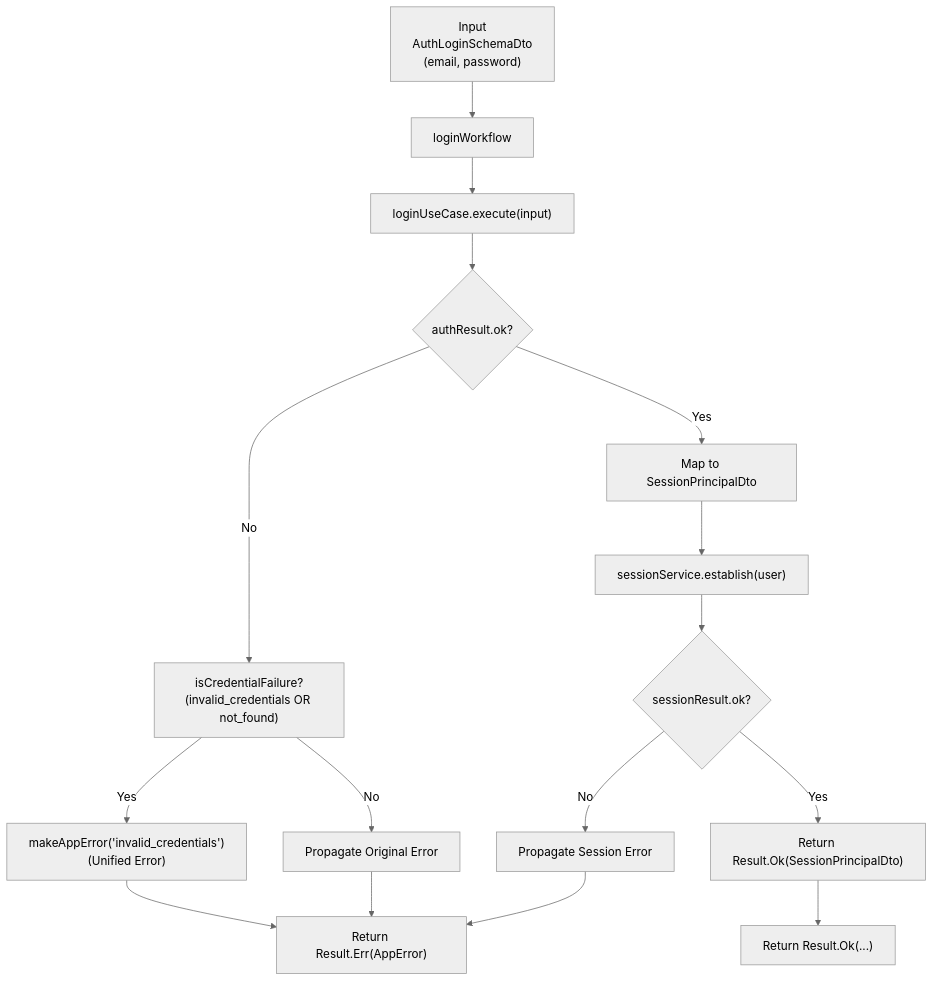
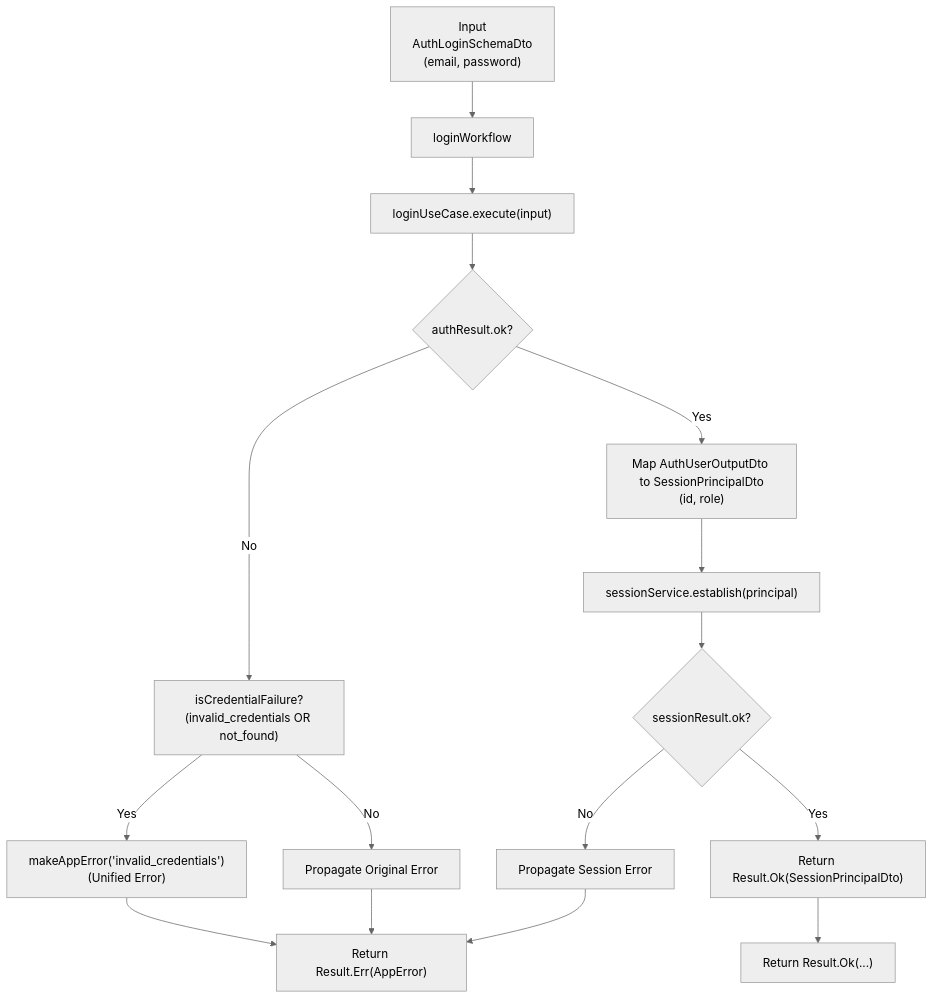
The seventh of 12 diagrams in src/modules/auth/server/infrastructure/db/dal/README.md (andrewpetersondev/nextjs-dashboard), drawn with Mermaid (neutral theme) before and after one commit. The commit also changed other lines of this file, not shown here.

Commit message:
docs: update flowcharts and sequence diagrams for DAL and LoginUseCase

````diff
--- a/src/modules/auth/server/infrastructure/db/dal/README.md
+++ b/src/modules/auth/server/infrastructure/db/dal/README.md
@@ -288,34 +287,34 @@
 ```mermaid
 flowchart TD
 %% Inputs
   A["Input<br/>AuthLoginSchemaDto<br/>(email, password)"] --> B[loginWorkflow]
 
 %% Use Case Call
   B --> C["loginUseCase.execute(input)"]
 
 %% Auth Result Decision
   C --> D{authResult.ok?}
 
 %% Error Handling Branch
   D -->|No| E["isCredentialFailure?<br/>(invalid_credentials OR not_found)"]
 
 %% Anti-Enumeration mapping
 E -->|Yes| F["makeAppError('invalid_credentials')<br/>(Unified Error)"]
 E -->|No| G["Propagate Original Error"]
 
 F --> Z["Return Result.Err(AppError)"]
 G --> Z
 
 %% Success Branch
-D -->|Yes| H["Map to SessionPrincipalDto"]
-H --> I["sessionService.establish(user)"]
+D -->|Yes| H["Map AuthUserOutputDto to SessionPrincipalDto<br/>(id, role)"]
+H --> I["sessionService.establish(principal)"]
 
 %% Session Result Decision
 I --> J{sessionResult.ok?}
 
 J -->|No| K["Propagate Session Error"]
 J -->|Yes| L["Return Result.Ok(SessionPrincipalDto)"]
 
 K --> Z
 L --> Z1["Return Result.Ok(...)"]
 ```
````
